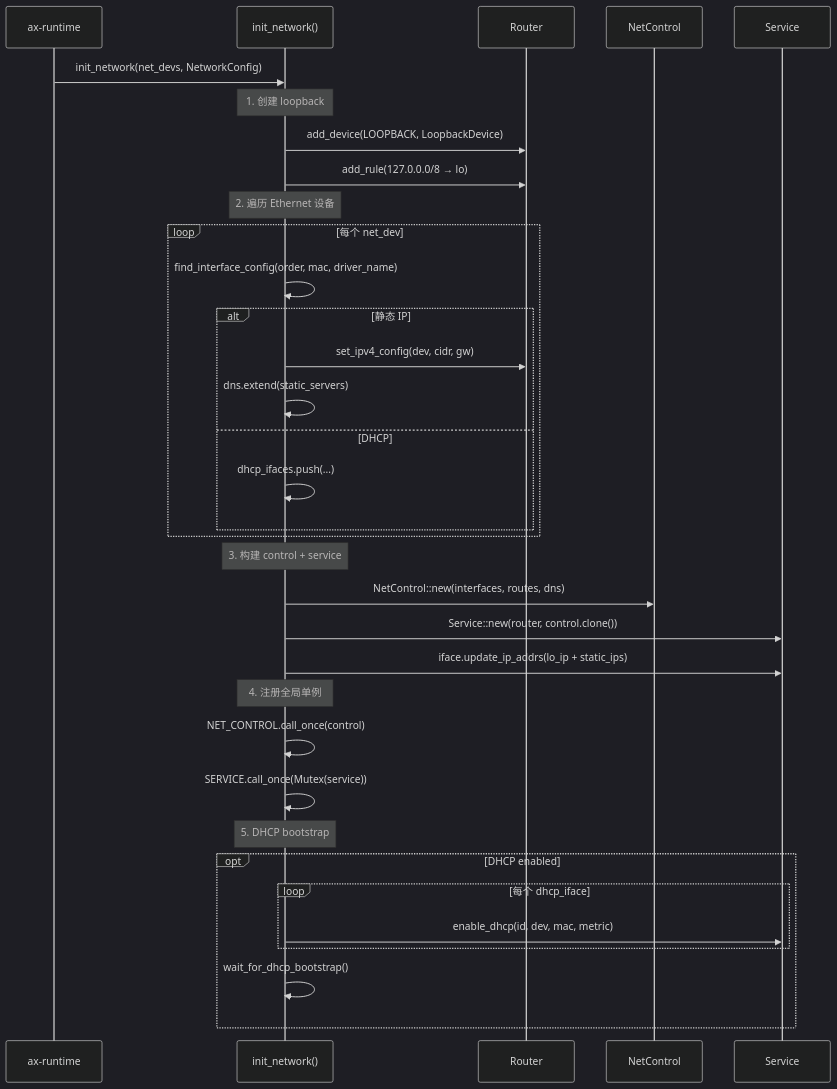
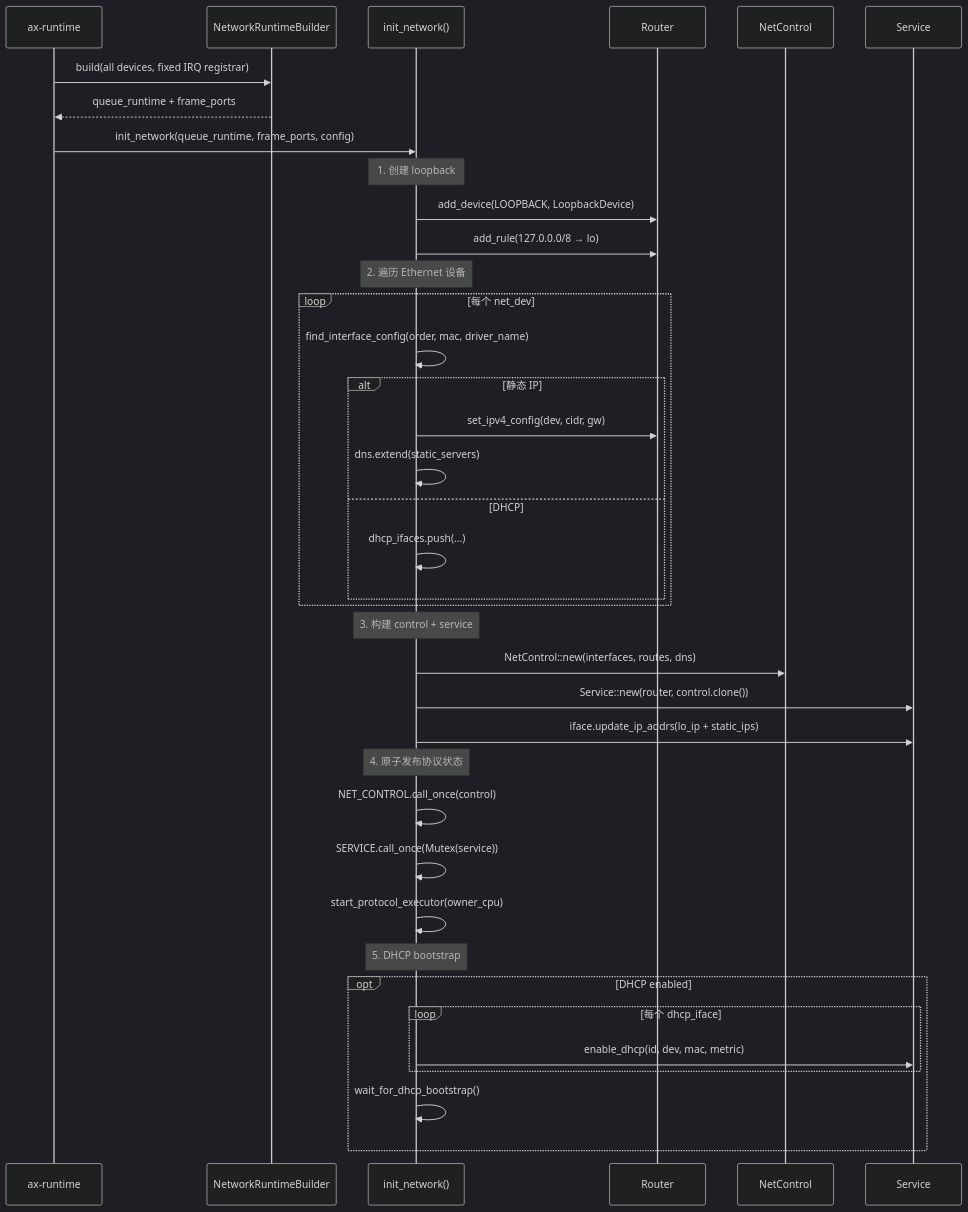
Before and after one commit to 451846939/tgoskits: the first of 2 diagrams in docs/docs/architecture/net/control.md, drawn with Mermaid (dark theme). The commit also changed other lines of this file and 99 other files, not shown here.

First line of the commit message:
refactor(ax-net): add queue-level NAPI runtime (#2178)

````diff
--- a/docs/docs/architecture/net/control.md
+++ b/docs/docs/architecture/net/control.md
@@ -44,42 +44,47 @@
 ```mermaid
 sequenceDiagram
     participant Runtime as ax-runtime
+    participant Builder as NetworkRuntimeBuilder
     participant Lib as init_network()
     participant Router as Router
     participant Control as NetControl
     participant Service as Service
 
-    Runtime->>Lib: init_network(net_devs, NetworkConfig)
+    Runtime->>Builder: build(all devices, fixed IRQ registrar)
+    Builder-->>Runtime: queue_runtime + frame_ports
+    Runtime->>Lib: init_network(queue_runtime, frame_ports, config)
 
     Note over Lib: 1. 创建 loopback
     Lib->>Router: add_device(LOOPBACK, LoopbackDevice)
     Lib->>Router: add_rule(127.0.0.0/8 → lo)
 
     Note over Lib: 2. 遍历 Ethernet 设备
     loop 每个 net_dev
         Lib->>Lib: find_interface_config(order, mac, driver_name)
         alt 静态 IP
             Lib->>Router: set_ipv4_config(dev, cidr, gw)
             Lib->>Lib: dns.extend(static_servers)
         else DHCP
             Lib->>Lib: dhcp_ifaces.push(...)
         end
     end
 
     Note over Lib: 3. 构建 control + service
     Lib->>Control: NetControl::new(interfaces, routes, dns)
     Lib->>Service: Service::new(router, control.clone())
     Lib->>Service: iface.update_ip_addrs(lo_ip + static_ips)
 
-    Note over Lib: 4. 注册全局单例
+    Note over Lib: 4. 原子发布协议状态
     Lib->>Lib: NET_CONTROL.call_once(control)
     Lib->>Lib: SERVICE.call_once(Mutex(service))
+
+    Lib->>Lib: start_protocol_executor(owner_cpu)
 
     Note over Lib: 5. DHCP bootstrap
     opt DHCP enabled
         loop 每个 dhcp_iface
             Lib->>Service: enable_dhcp(id, dev, mac, metric)
         end
         Lib->>Lib: wait_for_dhcp_bootstrap()
     end
 ```
````
